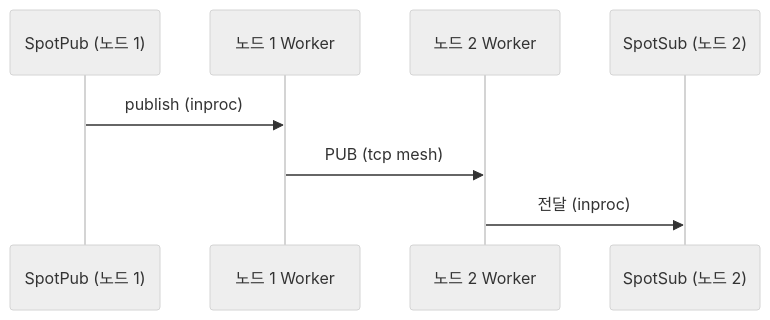
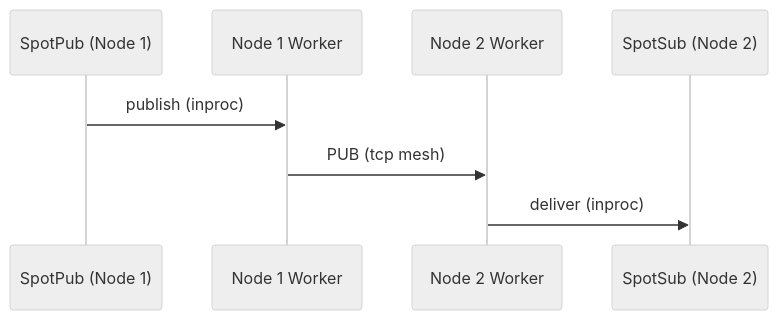
One commit to kairos-code-dev/zlink changed the second of 3 diagrams in doc/guide/07-3-spot.ko.md. Above: the diagram before and after it, drawn with Mermaid (neutral theme). The commit also changed other lines of this file and 53 other files, not shown here.

````diff
--- a/doc/guide/07-3-spot.ko.md
+++ b/doc/guide/07-3-spot.ko.md
@@ -50,11 +50,11 @@
 ```mermaid
 sequenceDiagram
-    participant SpotPub as SpotPub (노드 1)
-    participant W1 as 노드 1 Worker
-    participant W2 as 노드 2 Worker
-    participant SpotSub as SpotSub (노드 2)
+    participant SpotPub as SpotPub (Node 1)
+    participant W1 as Node 1 Worker
+    participant W2 as Node 2 Worker
+    participant SpotSub as SpotSub (Node 2)
 
     SpotPub->>W1: publish (inproc)
     W1->>W2: PUB (tcp mesh)
-    W2->>SpotSub: 전달 (inproc)
+    W2->>SpotSub: deliver (inproc)
 ```
````
